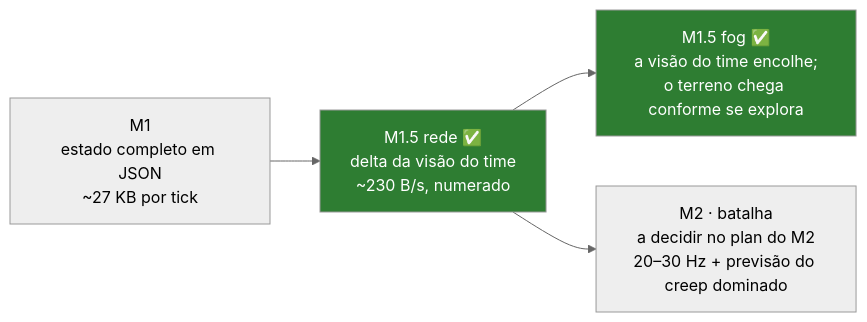
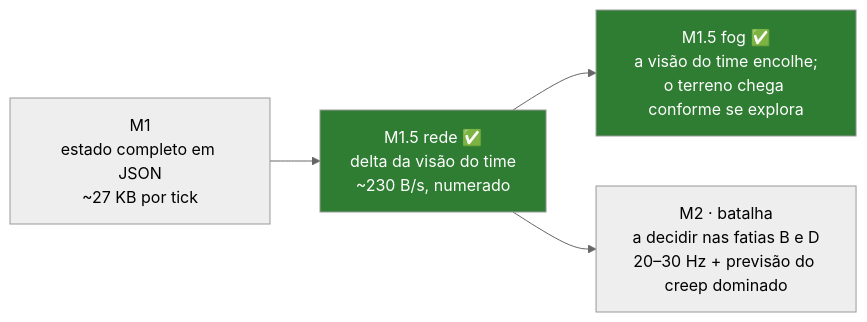
The seventh of 8 diagrams in docs/OVERVIEW.md (eliasfeijo/geometrix), drawn with Mermaid (neutral theme) before and after one commit. The commit also changed other lines of this file and 1 other file, not shown here.

````diff
--- a/docs/OVERVIEW.md
+++ b/docs/OVERVIEW.md
@@ -471,8 +486,8 @@
 ```mermaid
 flowchart LR
     A["M1<br/>estado completo em JSON<br/>~27 KB por tick"] --> B["M1.5 rede ✅<br/>delta da visão do time<br/>~230 B/s, numerado"]
     B --> D["M1.5 fog ✅<br/>a visão do time encolhe;<br/>o terreno chega conforme se explora"]
-    B --> C["M2 · batalha<br/>a decidir no plan do M2<br/>20–30 Hz + previsão do creep dominado"]
+    B --> C["M2 · batalha<br/>a decidir nas fatias B e D<br/>20–30 Hz + previsão do creep dominado"]
     style B fill:#2e7d32,color:#fff
     style D fill:#2e7d32,color:#fff
 ```
````
